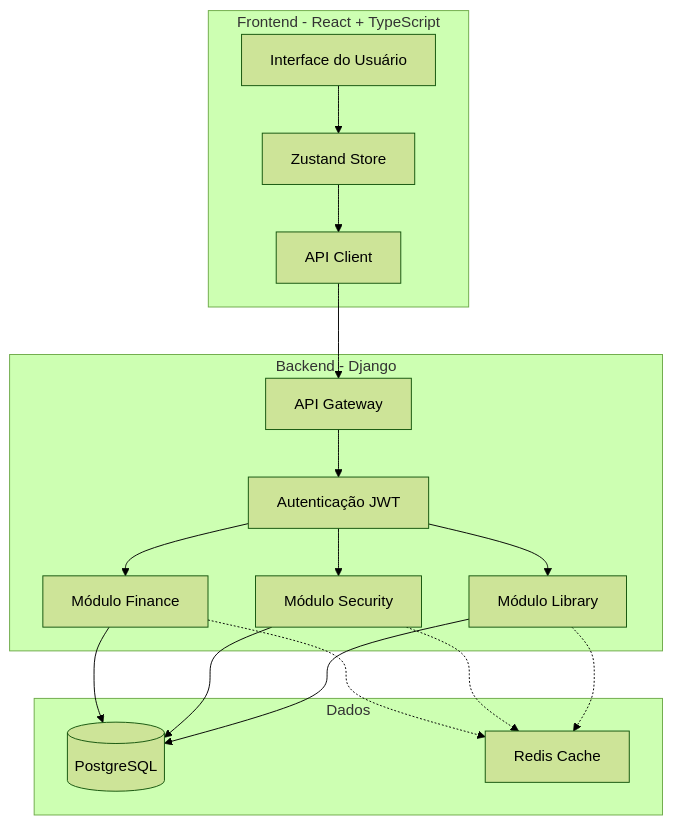
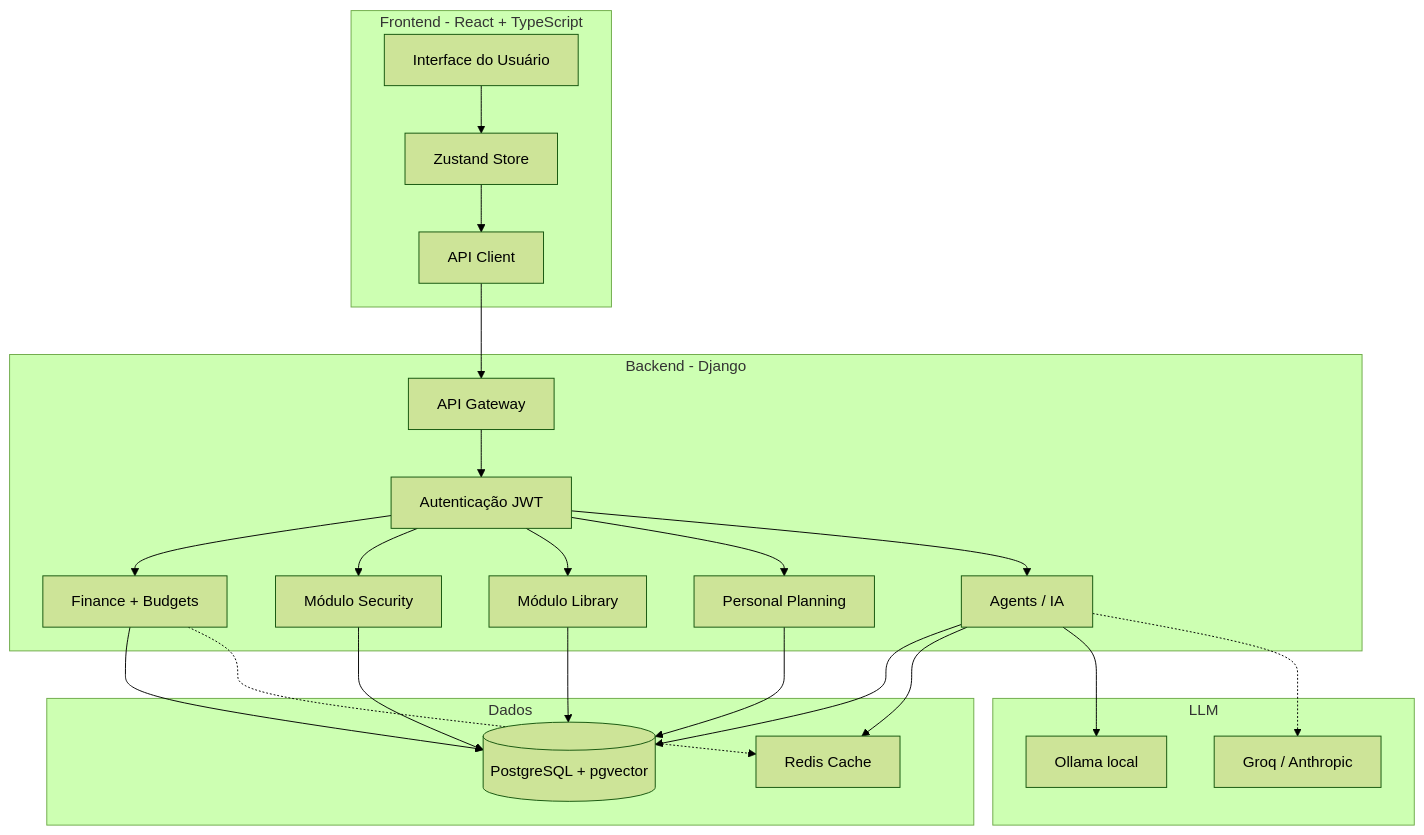
One commit to tarcisioribeiro/Axiom changed the diagram in documentation/overview/introduction.md. Above: the diagram before and after it, drawn with Mermaid (forest theme). The commit also changed other lines of this file and 236 other files, not shown here.

````diff
--- a/documentation/overview/introduction.md
+++ b/documentation/overview/introduction.md
@@ -113,37 +148,49 @@
 ```mermaid
 graph TB
     subgraph "Frontend - React + TypeScript"
         UI[Interface do Usuário]
         Store[Zustand Store]
         API[API Client]
     end
 
     subgraph "Backend - Django"
         Gateway[API Gateway]
         Auth[Autenticação JWT]
-        Finance[Módulo Finance]
+        Finance[Finance + Budgets]
         Security[Módulo Security]
         Library[Módulo Library]
+        Planning[Personal Planning]
+        Agents[Agents / IA]
     end
 
     subgraph "Dados"
-        DB[(PostgreSQL)]
+        DB[(PostgreSQL + pgvector)]
         Cache[Redis Cache]
+    end
+
+    subgraph "LLM"
+        Ollama[Ollama local]
+        Cloud[Groq / Anthropic]
     end
 
     UI --> Store
     Store --> API
     API --> Gateway
     Gateway --> Auth
     Auth --> Finance
     Auth --> Security
     Auth --> Library
+    Auth --> Planning
+    Auth --> Agents
 
     Finance --> DB
     Security --> DB
     Library --> DB
+    Planning --> DB
+    Agents --> DB
+    Agents --> Cache
 
     Finance -.-> Cache
-    Security -.-> Cache
-    Library -.-> Cache
+    Agents --> Ollama
+    Agents -.-> Cloud
 ```
````
